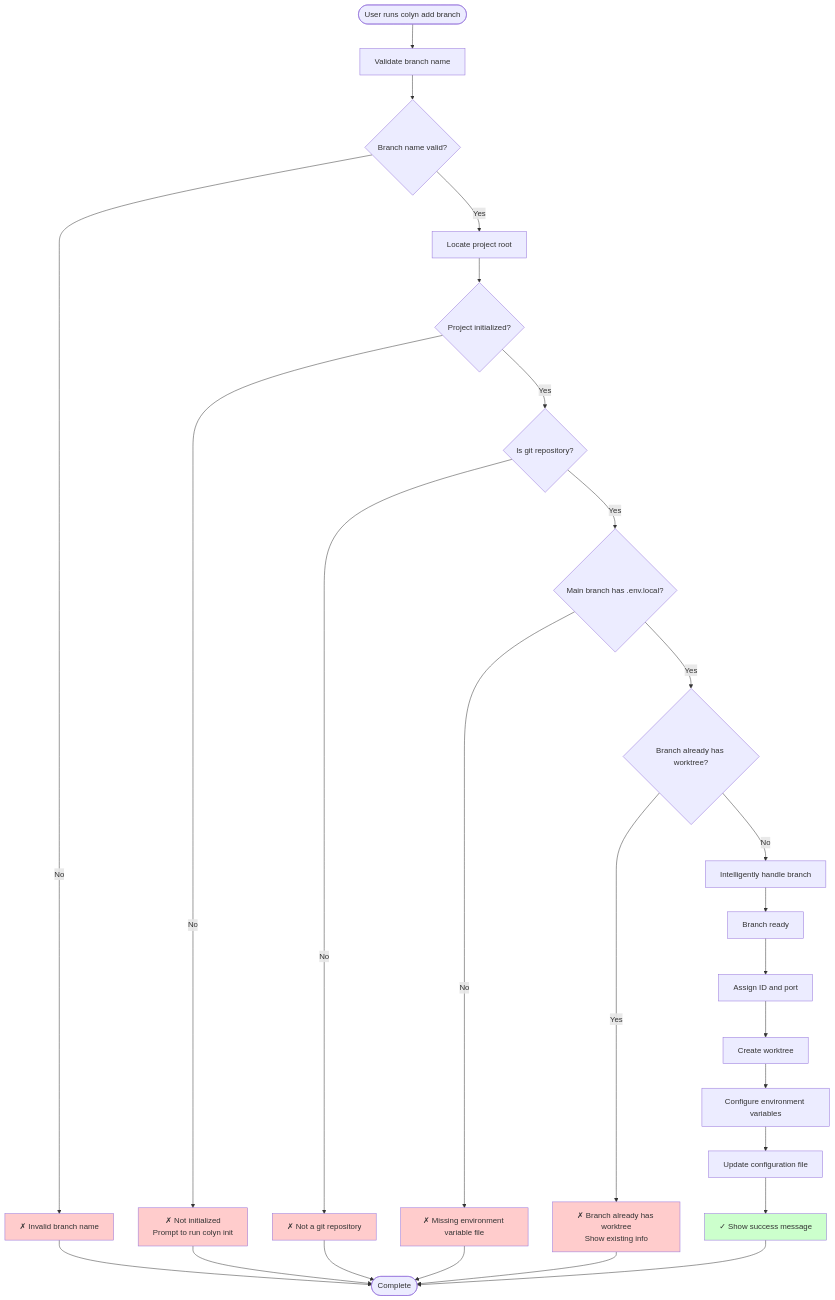
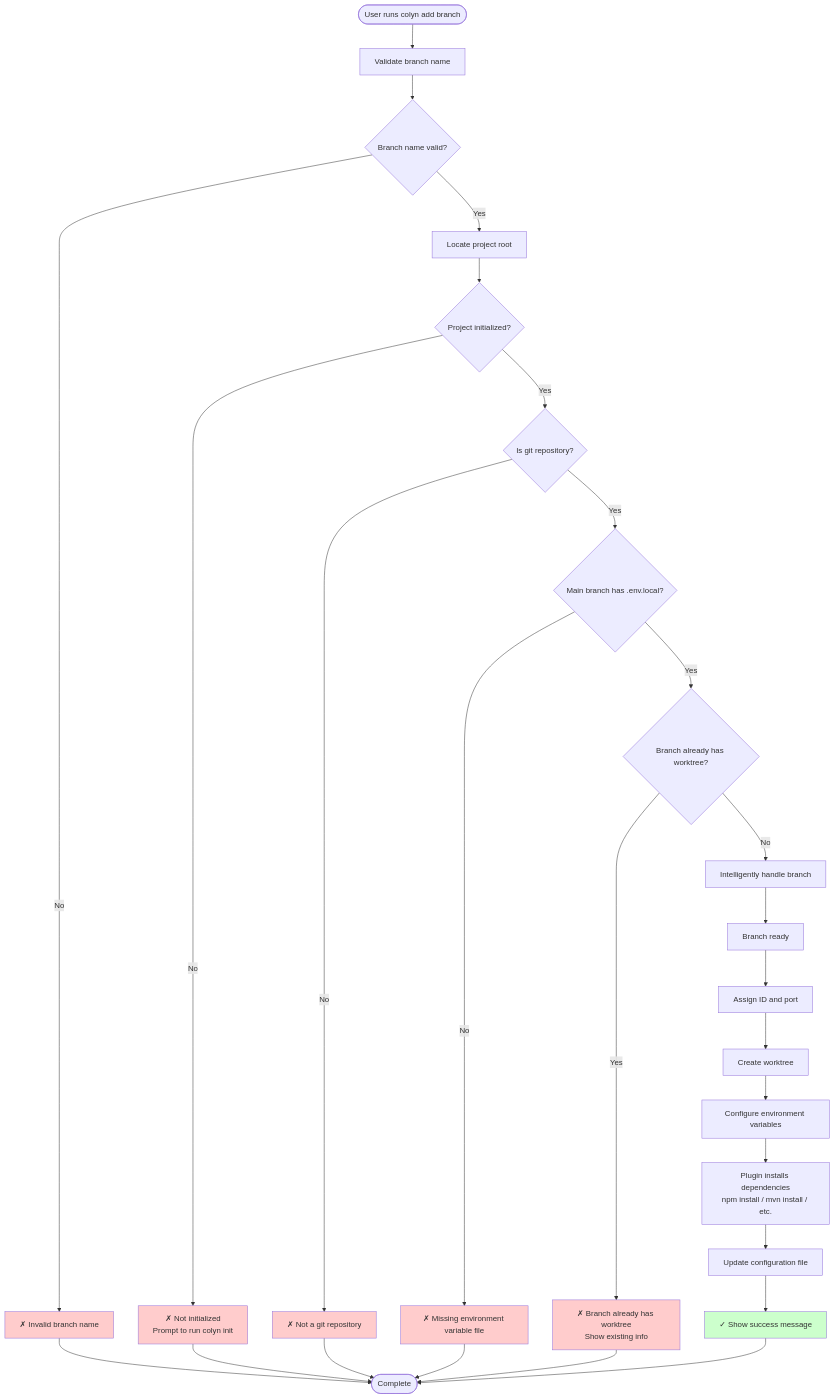
One commit to colin-han/colyn changed the first of 6 diagrams in docs-en/design-add-command.md. Above: the diagram before and after it, drawn with Mermaid. The commit also changed other lines of this file and 9 other files, not shown here.

````diff
--- a/docs-en/design-add-command.md
+++ b/docs-en/design-add-command.md
@@ -143,42 +144,43 @@
 ```mermaid
 graph TD
     Start([User runs colyn add branch]) --> Validate[Validate branch name]
 
     Validate --> Valid{Branch name valid?}
     Valid -->|No| ErrorInvalid[✗ Invalid branch name]
     Valid -->|Yes| FindRoot[Locate project root]
 
     FindRoot --> CheckInit{Project initialized?}
     CheckInit -->|No| ErrorNotInit[✗ Not initialized<br/>Prompt to run colyn init]
     CheckInit -->|Yes| CheckGit{Is git repository?}
 
     CheckGit -->|No| ErrorNotGit[✗ Not a git repository]
     CheckGit -->|Yes| CheckEnv{Main branch has .env.local?}
 
     CheckEnv -->|No| ErrorNoEnv[✗ Missing environment variable file]
     CheckEnv -->|Yes| CheckConflict{Branch already has worktree?}
 
     CheckConflict -->|Yes| ErrorConflict[✗ Branch already has worktree<br/>Show existing info]
     CheckConflict -->|No| HandleBranch[Intelligently handle branch]
 
     HandleBranch --> BranchReady[Branch ready]
     BranchReady --> AssignId[Assign ID and port]
     AssignId --> CreateWT[Create worktree]
     CreateWT --> ConfigEnv[Configure environment variables]
-    ConfigEnv --> UpdateConfig[Update configuration file]
+    ConfigEnv --> RunInstall[Plugin installs dependencies<br/>npm install / mvn install / etc.]
+    RunInstall --> UpdateConfig[Update configuration file]
     UpdateConfig --> Success[✓ Show success message]
 
     Success --> End([Complete])
     ErrorInvalid --> End
     ErrorNotInit --> End
     ErrorNotGit --> End
     ErrorNoEnv --> End
     ErrorConflict --> End
 
     style ErrorInvalid fill:#ffcccc
     style ErrorNotInit fill:#ffcccc
     style ErrorNotGit fill:#ffcccc
     style ErrorNoEnv fill:#ffcccc
     style ErrorConflict fill:#ffcccc
     style Success fill:#ccffcc
 ```
````
